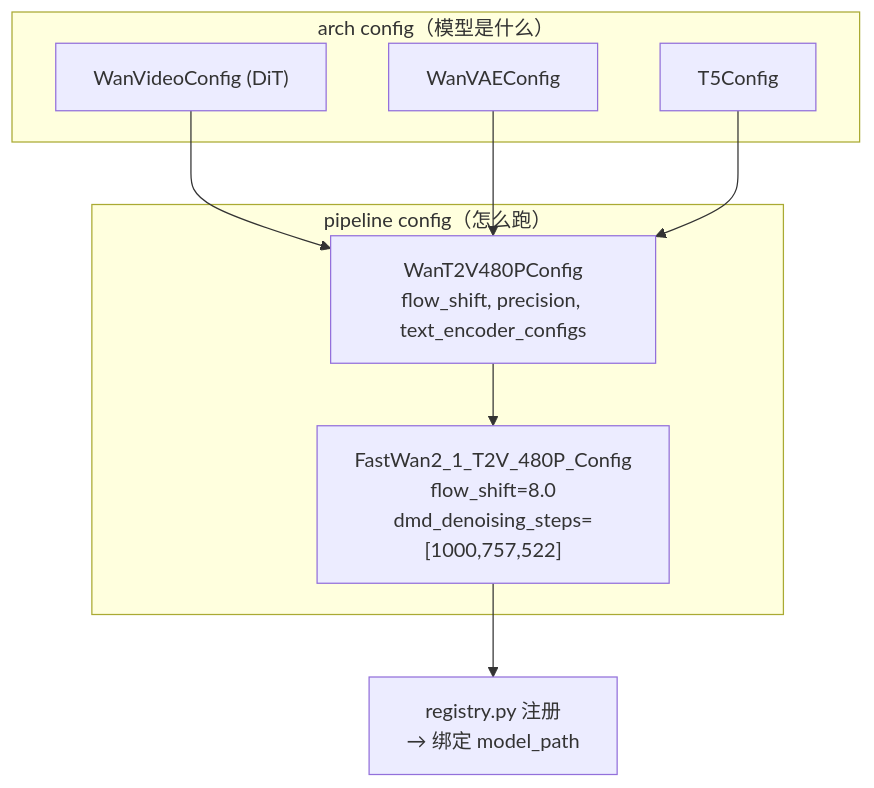
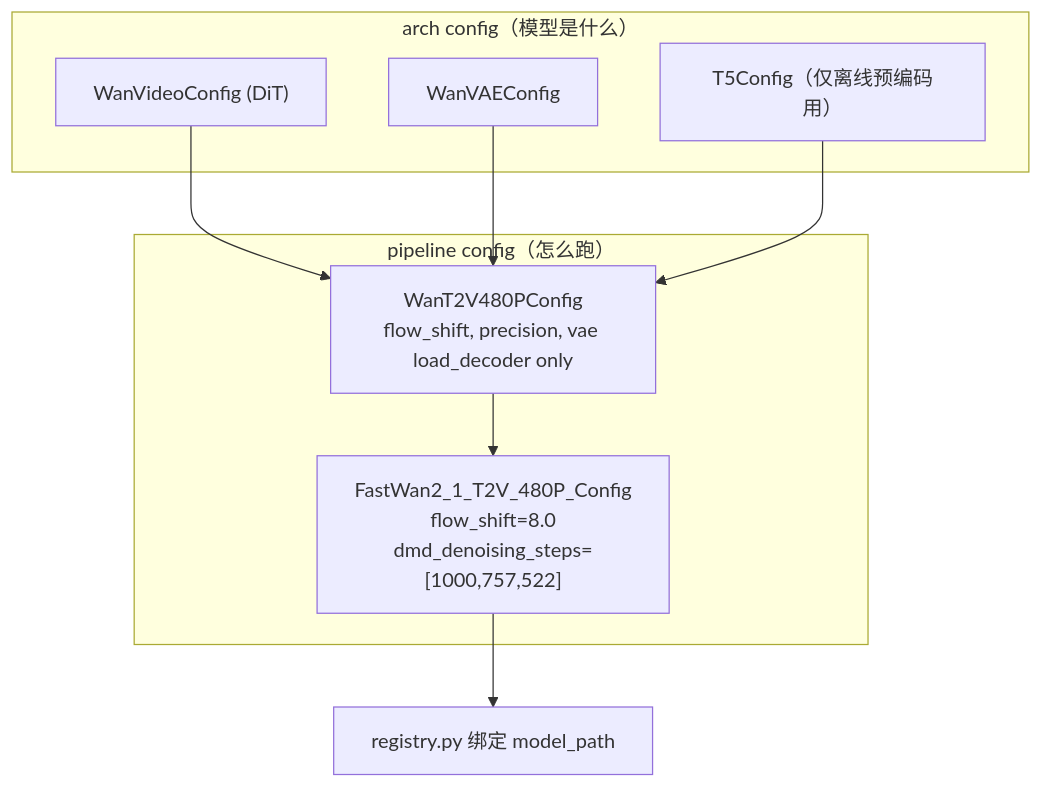
The eighth of 11 diagrams in docs/架构设计.md (Huangzjun/FlashGen), drawn with Mermaid before and after one commit. The commit also changed other lines of this file and 82 other files, not shown here.

````diff
--- a/docs/架构设计.md
+++ b/docs/架构设计.md
@@ -555,16 +492,13 @@
 ```mermaid
 flowchart TD
     subgraph Arch["arch config（模型是什么）"]
         WVC["WanVideoConfig (DiT)"]
         WAVC["WanVAEConfig"]
-        T5C["T5Config"]
+        T5C["T5Config（仅离线预编码用）"]
     end
     subgraph Pipe["pipeline config（怎么跑）"]
-        WT["WanT2V480PConfig<br/>flow_shift, precision, text_encoder_configs"]
+        WT["WanT2V480PConfig<br/>flow_shift, precision, vae load_decoder only"]
         FW["FastWan2_1_T2V_480P_Config<br/>flow_shift=8.0<br/>dmd_denoising_steps=[1000,757,522]"]
     end
-
-    WVC & WAVC & T5C --> WT
-    WT --> FW
-    FW --> REG["registry.py 注册<br/>→ 绑定 model_path"]
+    WVC & WAVC & T5C --> WT --> FW --> REG["registry.py 绑定 model_path"]
 ```
````
